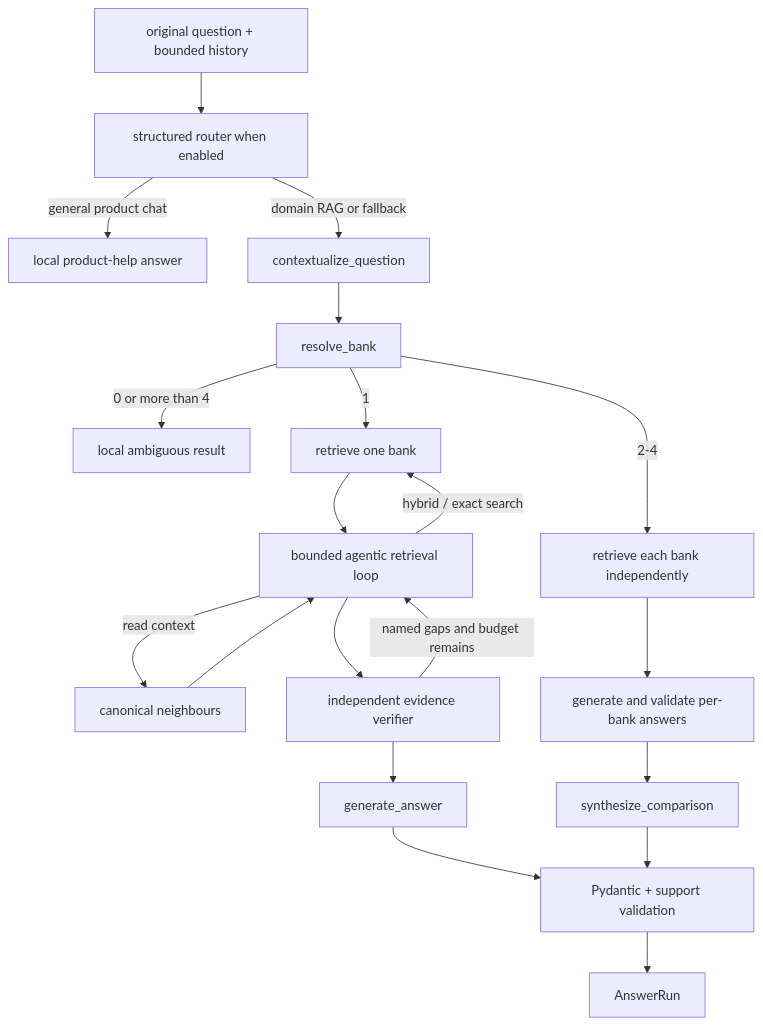
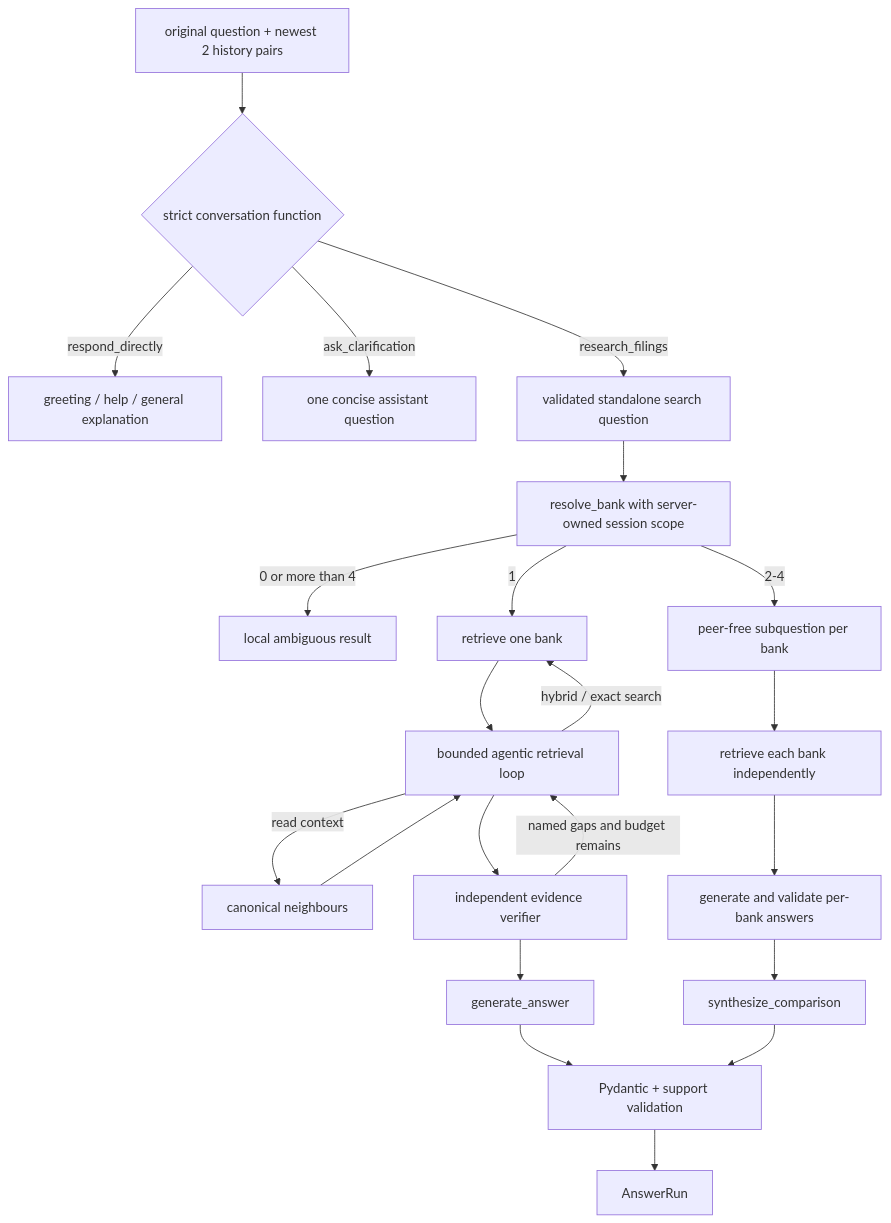
Before and after one commit to nikolabakic/Banking-Technology-and-Operational-Risk-Intelligence-Assistant: the diagram in src/bankscope/generation/README.md, drawn with Mermaid. The commit also changed other lines of this file and 46 other files, not shown here.

First line of the commit message:
Add tests for bank resolver, chat store, conversation handling, and query planner

````diff
--- a/src/bankscope/generation/README.md
+++ b/src/bankscope/generation/README.md
@@ -5,22 +5,24 @@
 ```mermaid
 flowchart TD
-    Question[original question + bounded history] --> Route[structured router when enabled]
-    Route -->|general product chat| General[local product-help answer]
-    Route -->|domain RAG or fallback| Context[contextualize_question]
-    Context --> Resolve[resolve_bank]
+    Question[original question + newest 2 history pairs] --> FrontDoor{strict conversation function}
+    FrontDoor -->|respond_directly| General[greeting / help / general explanation]
+    FrontDoor -->|ask_clarification| Clarify[one concise assistant question]
+    FrontDoor -->|research_filings| Context[validated standalone search question]
+    Context --> Resolve[resolve_bank with server-owned session scope]
     Resolve -->|0 or more than 4| Ambiguous[local ambiguous result]
     Resolve -->|1| One[retrieve one bank]
-    Resolve -->|2-4| Many[retrieve each bank independently]
+    Resolve -->|2-4| Decompose[peer-free subquestion per bank]
+    Decompose --> Many[retrieve each bank independently]
     One --> Loop[bounded agentic retrieval loop]
     Loop -->|hybrid / exact search| One
     Loop -->|read context| Expand[canonical neighbours]
     Expand --> Loop
     Loop --> Verify[independent evidence verifier]
     Verify -->|named gaps and budget remains| Loop
     Verify --> Generate[generate_answer]
     Many --> PerBank[generate and validate per-bank answers]
     PerBank --> Synthesize[synthesize_comparison]
     Generate --> Contract[Pydantic + support validation]
     Synthesize --> Contract
     Contract --> Result[AnswerRun]
 ```
````
